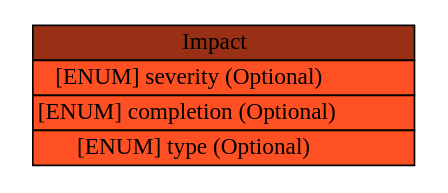
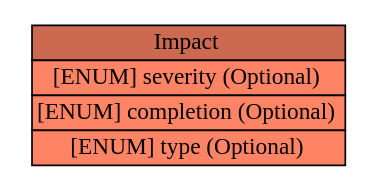
Before and after one commit to Moutix/idmef_parser: the diagram in idmef/graph/Impact.dot, drawn with Graphviz. The commit also changed 197 other files, not shown here.

Commit message:
Update Graphs

```diff
--- a/idmef/graph/Impact.dot
+++ b/idmef/graph/Impact.dot
@@ -1,6 +1,11 @@
 digraph Impact {
-	graph [rankdir=LR];
+	graph [bb="0,0,204,92",
+		rankdir=LR
+	];
 	node [label="\N"];
-	graph [bb="0,0,234,88"];
-	Impact [label=<<table BORDER="0" CELLBORDER="1" CELLSPACING="0"> <tr > <td BGCOLOR="#993016" HREF="#" TITLE="The Impact class is used to provide the analyzer&#39;s assessment of the impact of the event on the target(s). It is represented in the IDMEF DTD as follows: ">Impact</td> </tr>" %<tr><td BGCOLOR="#FF5024" HREF="#" TITLE="Section 10.)">[ENUM] severity (Optional) </td></tr>%<tr><td BGCOLOR="#FF5024" HREF="#" TITLE="Section 10.)">[ENUM] completion (Optional) </td></tr>%<tr><td BGCOLOR="#FF5024" HREF="#" TITLE="value is &quot;other&quot;.  (See also Section 10.)">[ENUM] type (Optional) </td></tr>%</table>>, shape=plaintext, pos="117,44", width="3.25", height="1.2361"];
+	Impact	 [height=1.2778,
+		label=<<table BORDER="0" CELLBORDER="1" CELLSPACING="0"> <tr> <td BGCOLOR="#cc6a51" HREF="#" TITLE="The Impact class is used to provide the analyzer&#39;s assessment of the impact of the event on the target(s). It is represented in the IDMEF DTD as follows: "><FONT FACE="Nimbus Sans L">Impact</FONT></td> </tr>" %<tr><td BGCOLOR="#ff8465"  HREF="#" TITLE="Section 10.)"><FONT FACE="Nimbus Sans L">[ENUM] severity (Optional)</FONT></td></tr>%<tr><td BGCOLOR="#ff8465"  HREF="#" TITLE="Section 10.)"><FONT FACE="Nimbus Sans L">[ENUM] completion (Optional)</FONT></td></tr>%<tr><td BGCOLOR="#ff8465"  HREF="#" TITLE="value is &quot;other&quot;.  (See also Section 10.)"><FONT FACE="Nimbus Sans L">[ENUM] type (Optional)</FONT></td></tr>%</table>>,
+		pos="102,46",
+		shape=plaintext,
+		width=2.8333];
 }
```
